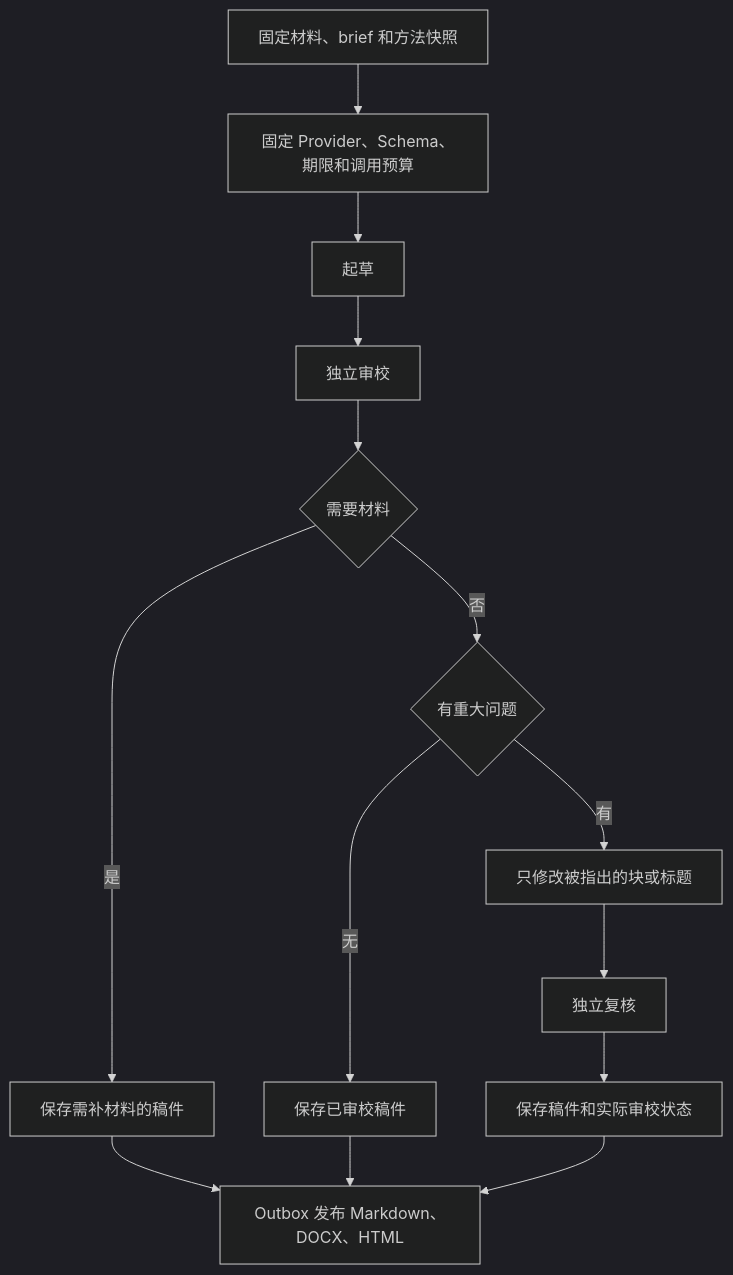
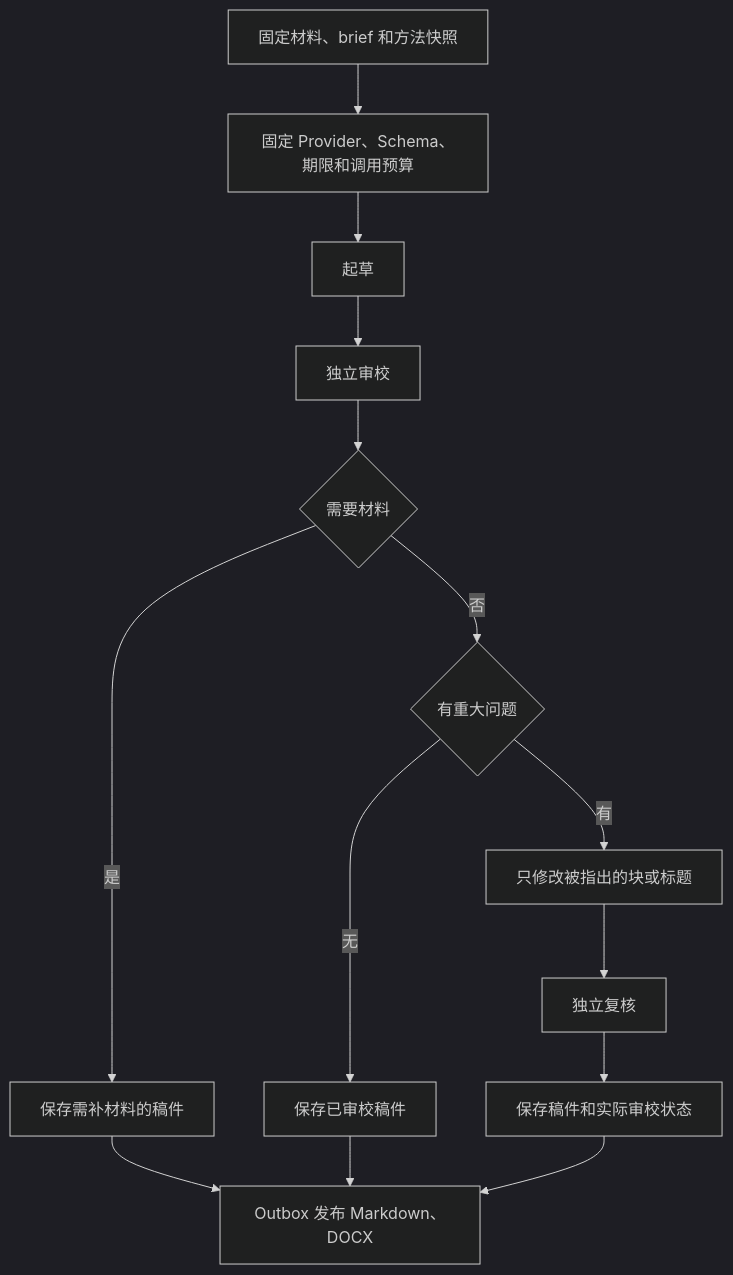
One commit to StephenQiu30/framefetch changed the diagram in docs/design/16-Skill体系与结果契约.md. Above: the diagram before and after it, drawn with Mermaid (dark theme). The commit also changed other lines of this file and 21 other files, not shown here.

````diff
--- a/docs/design/16-Skill体系与结果契约.md
+++ b/docs/design/16-Skill体系与结果契约.md
@@ -109,16 +109,16 @@
 ```mermaid
 flowchart TD
     A[固定材料、brief 和方法快照] --> B[固定 Provider、Schema、期限和调用预算]
     B --> D[起草]
     D --> R[独立审校]
     R --> M{需要材料}
     M -->|是| S[保存需补材料的稿件]
     M -->|否| I{有重大问题}
     I -->|无| P[保存已审校稿件]
     I -->|有| E[只修改被指出的块或标题]
     E --> V[独立复核]
     V --> C[保存稿件和实际审校状态]
-    S --> F[Outbox 发布 Markdown、DOCX、HTML]
+    S --> F[Outbox 发布 Markdown、DOCX]
     P --> F
     C --> F
 ```
````
